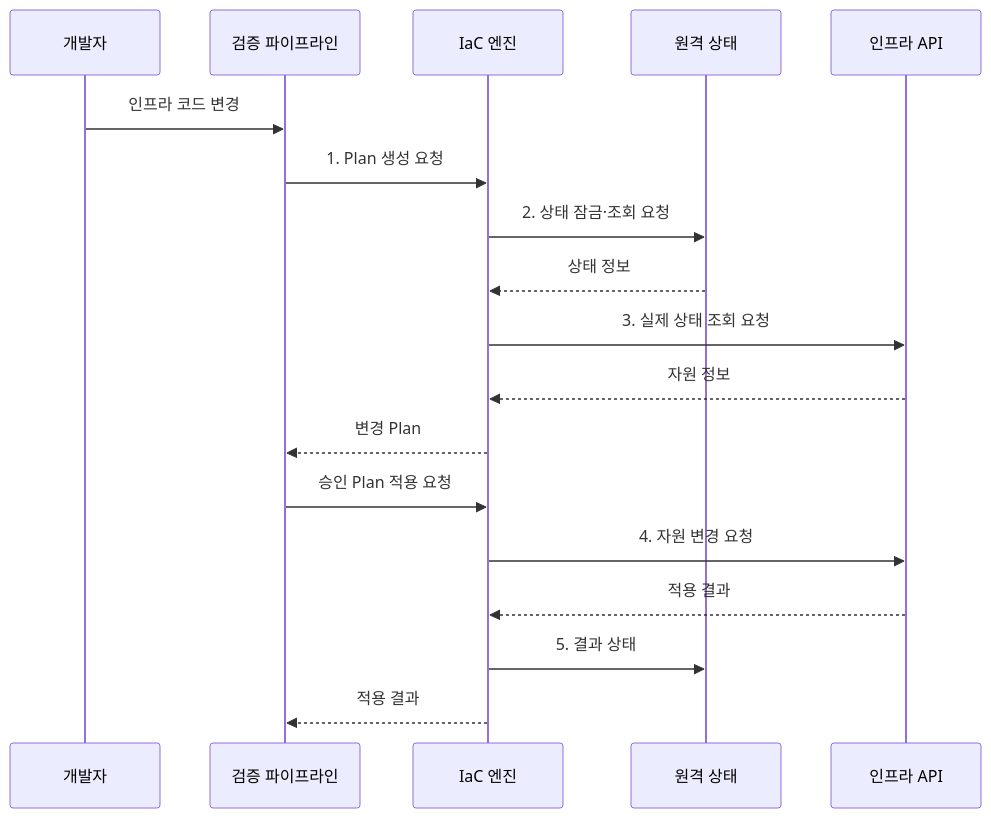
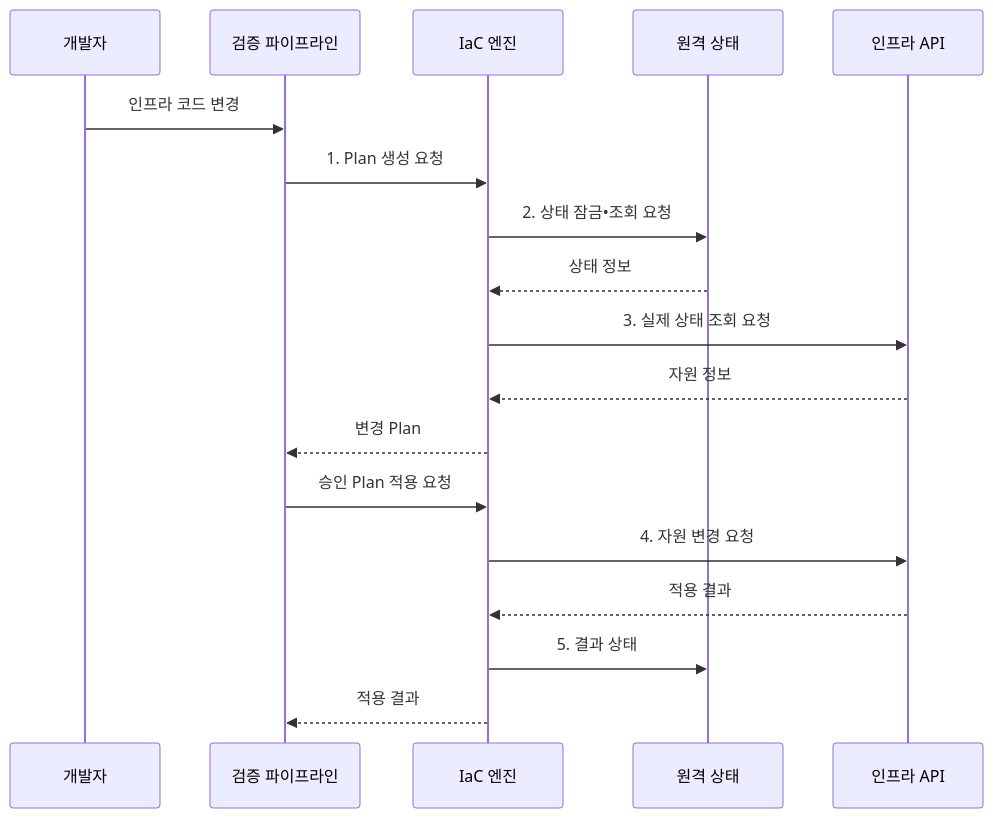
Before and after one commit to agnusdei1207/knowledge-base: the second of 2 diagrams in src/content/docs/notes/03-software/182_infrastructure_as_code.md, drawn with Mermaid. The commit also changed other lines of this file and 953 other files, not shown here.

````diff
--- a/src/content/docs/notes/03-software/182_infrastructure_as_code.md
+++ b/src/content/docs/notes/03-software/182_infrastructure_as_code.md
@@ -109,20 +109,20 @@
 ```mermaid
 sequenceDiagram
     participant D as 개발자
     participant P as 검증 파이프라인
     participant E as IaC 엔진
     participant S as 원격 상태
     participant I as 인프라 API
     D->>P: 인프라 코드 변경
     P->>E: 1. Plan 생성 요청
-    E->>S: 2. 상태 잠금·조회 요청
+    E->>S: 2. 상태 잠금•조회 요청
     S-->>E: 상태 정보
     E->>I: 3. 실제 상태 조회 요청
     I-->>E: 자원 정보
     E-->>P: 변경 Plan
     P->>E: 승인 Plan 적용 요청
     E->>I: 4. 자원 변경 요청
     I-->>E: 적용 결과
     E->>S: 5. 결과 상태
     E-->>P: 적용 결과
 ```
````
